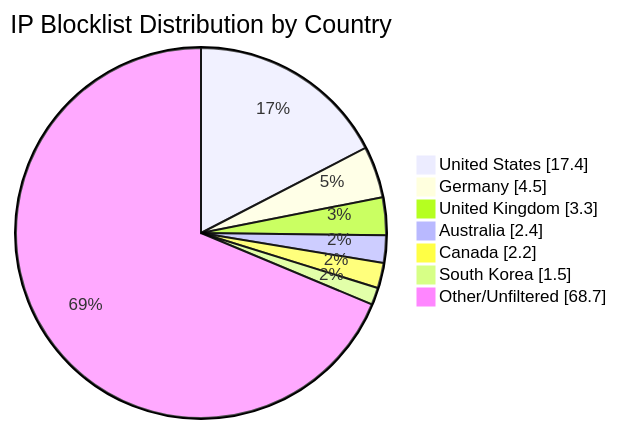
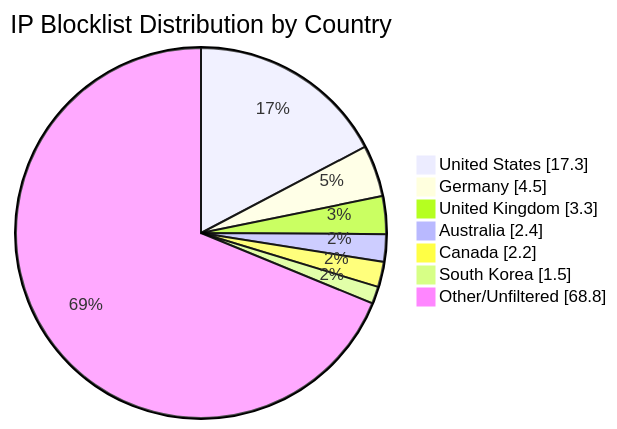
Before and after one commit to MarcusHoltz/ipblocklist-geofiltered-aggregator: the diagram in README.md, drawn with Mermaid. The commit also changed other lines of this file and 9 other files, not shown here.

````diff
--- a/README.md
+++ b/README.md
@@ -34,10 +34,10 @@
 ```mermaid
 pie showData title IP Blocklist Distribution by Country
-"United States" : 17.4
+"United States" : 17.3
 "Germany" : 4.5
 "United Kingdom" : 3.3
 "Australia" : 2.4
 "Canada" : 2.2
 "South Korea" : 1.5
-"Other/Unfiltered" : 68.7
+"Other/Unfiltered" : 68.8
 ```
````
